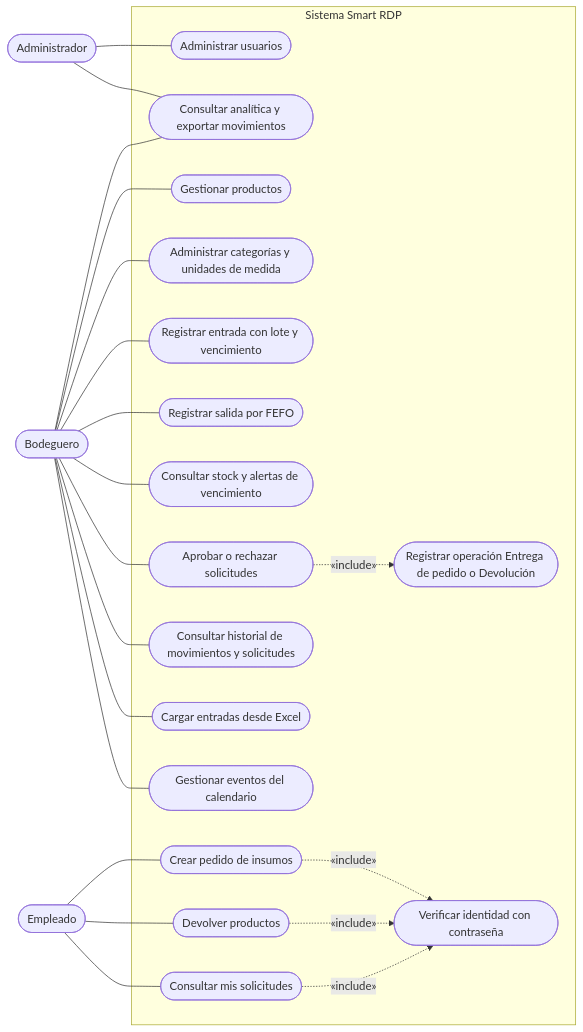
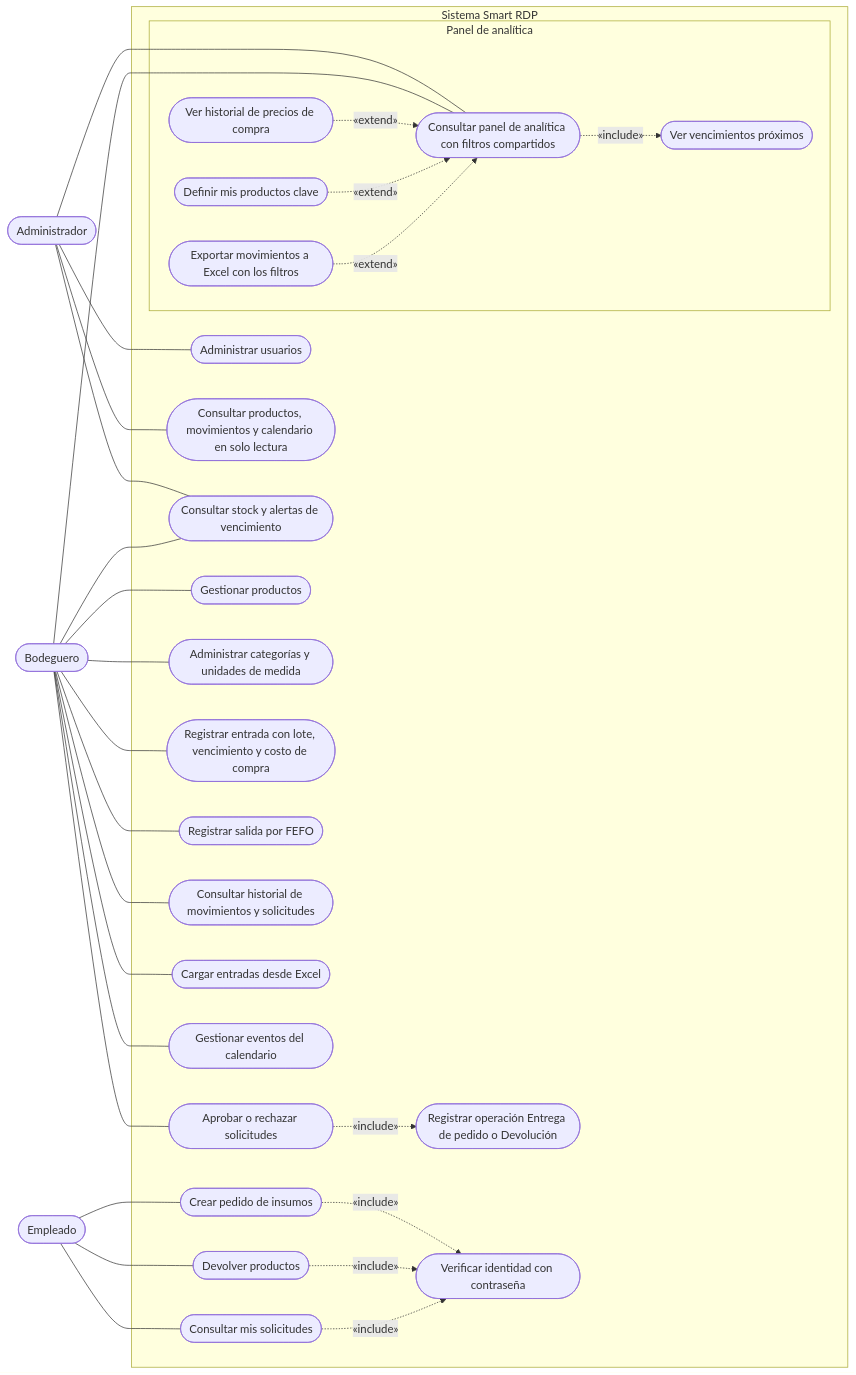
Before and after one commit to ezequielesq/SAN-BERNARDO-MALLEN-GONZALEZ-PTY4614-002D-EQUIPO-3: the first of 6 diagrams in FASE 2/EVIDENCIAS PROYECTO/EVIDENCIAS DE DOCUMENTACIÓN/08-DIAGRAMAS-UML.md, drawn with Mermaid. The commit also changed other lines of this file and 4 other files, not shown here.

Commit message:
docs: actualiza los diagramas UML con el panel de analítica

````diff
--- a/FASE 2/EVIDENCIAS PROYECTO/EVIDENCIAS DE DOCUMENTACIÓN/08-DIAGRAMAS-UML.md
+++ b/FASE 2/EVIDENCIAS PROYECTO/EVIDENCIAS DE DOCUMENTACIÓN/08-DIAGRAMAS-UML.md
@@ -25,48 +27,69 @@
 ```mermaid
 flowchart LR
     adm(["Administrador"])
     bod(["Bodeguero"])
     emp(["Empleado"])
 
     subgraph SIS["Sistema Smart RDP"]
         uc1(["Administrar usuarios"])
-        uc2(["Consultar analítica y exportar movimientos"])
+        uc17(["Consultar productos, movimientos y calendario en solo lectura"])
+        uc7(["Consultar stock y alertas de vencimiento"])
         uc3(["Gestionar productos"])
         uc4(["Administrar categorías y unidades de medida"])
-        uc5(["Registrar entrada con lote y vencimiento"])
+        uc5(["Registrar entrada con lote, vencimiento y costo de compra"])
         uc6(["Registrar salida por FEFO"])
-        uc7(["Consultar stock y alertas de vencimiento"])
         uc8(["Aprobar o rechazar solicitudes"])
         uc9(["Consultar historial de movimientos y solicitudes"])
         uc10(["Crear pedido de insumos"])
         uc11(["Devolver productos"])
         uc12(["Consultar mis solicitudes"])
         uc13(["Registrar operación Entrega de pedido o Devolución"])
         uc14(["Verificar identidad con contraseña"])
         uc15(["Cargar entradas desde Excel"])
         uc16(["Gestionar eventos del calendario"])
+        subgraph PAN["Panel de analítica"]
+            uc2(["Consultar panel de analítica con filtros compartidos"])
+            uc18(["Ver vencimientos próximos"])
+            uc19(["Ver historial de precios de compra"])
+            uc20(["Definir mis productos clave"])
+            uc21(["Exportar movimientos a Excel con los filtros"])
+        end
     end
 
     adm --- uc1
+    adm --- uc17
     adm --- uc2
+    adm --- uc7
 
     bod --- uc2
+    bod --- uc7
     bod --- uc3
     bod --- uc4
     bod --- uc5
     bod --- uc6
-    bod --- uc7
     bod --- uc8
     bod --- uc9
     bod --- uc15
     bod --- uc16
 
     emp --- uc10
     emp --- uc11
     emp --- uc12
 
     uc8 -.->|"«include»"| uc13
     uc10 -.->|"«include»"| uc14
     uc11 -.->|"«include»"| uc14
     uc12 -.->|"«include»"| uc14
+    uc2 -.->|"«include»"| uc18
+    %% Enlaces invisibles (~~~): solo ordenan el dibujo, no son relaciones UML.
+    adm ~~~ uc19
+    adm ~~~ uc20
+    adm ~~~ uc21
+    bod ~~~ uc19
+    bod ~~~ uc20
+    bod ~~~ uc21
+    emp ~~~ uc21
+    uc19 -.->|"«extend»"| uc2
+    uc20 -.->|"«extend»"| uc2
+    uc21 -.->|"«extend»"| uc2
 ```
````
